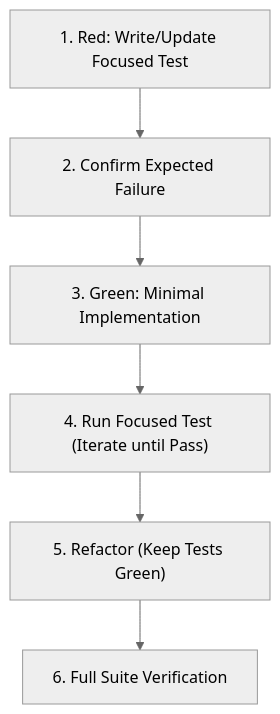
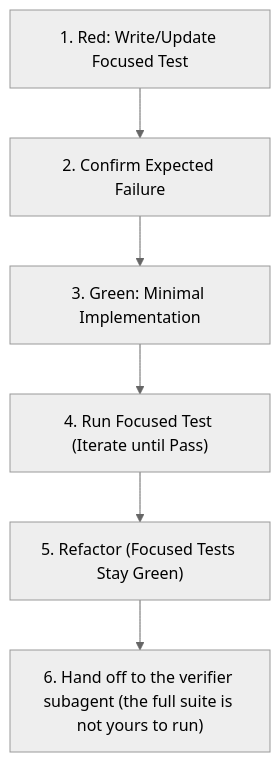
One commit to scottdensmore/contoso changed the diagram in .agents/skills/tdd-workflow/SKILL.md. Above: the diagram before and after it, drawn with Mermaid (neutral theme). The commit also changed other lines of this file and 36 other files, not shown here.

````diff
--- a/.agents/skills/tdd-workflow/SKILL.md
+++ b/.agents/skills/tdd-workflow/SKILL.md
@@ -27,8 +43,8 @@
 ```mermaid
 flowchart TD
     A["1. Red: Write/Update Focused Test"] --> B["2. Confirm Expected Failure"]
     B --> C["3. Green: Minimal Implementation"]
     C --> D["4. Run Focused Test (Iterate until Pass)"]
-    D --> E["5. Refactor (Keep Tests Green)"]
-    E --> F["6. Full Suite Verification"]
+    D --> E["5. Refactor (Focused Tests Stay Green)"]
+    E --> F["6. Hand off to the verifier subagent (the full suite is not yours to run)"]
 ```
````
